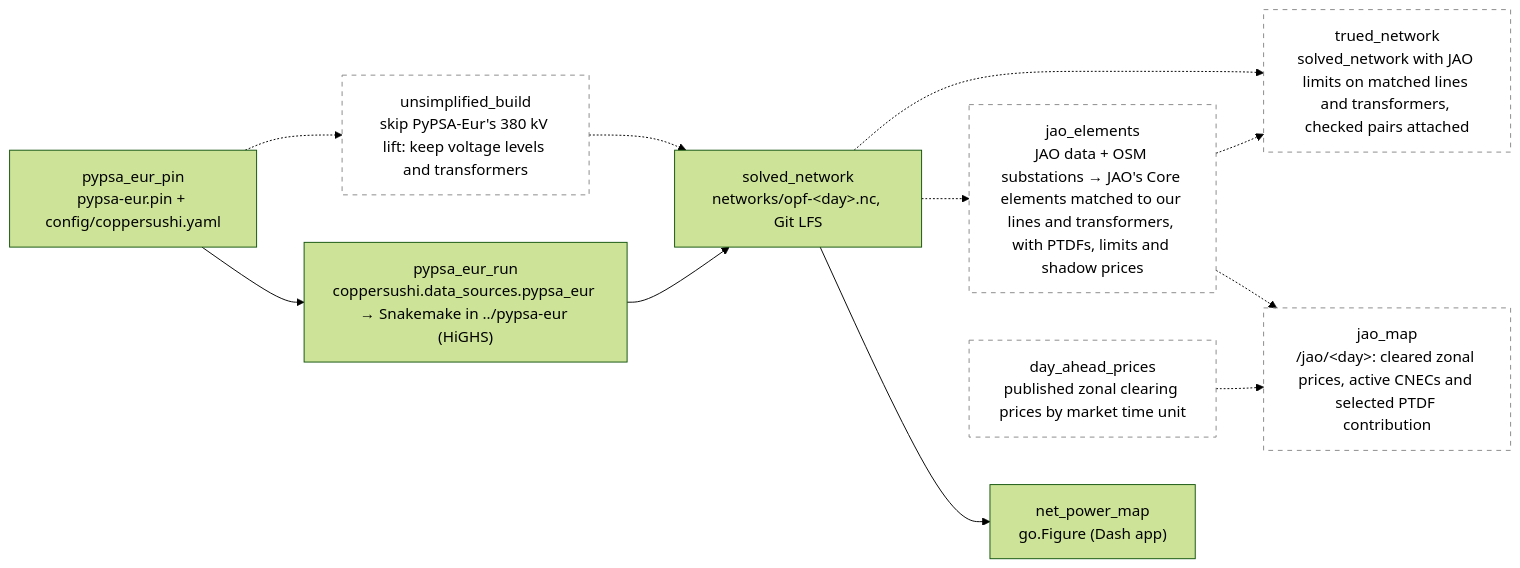
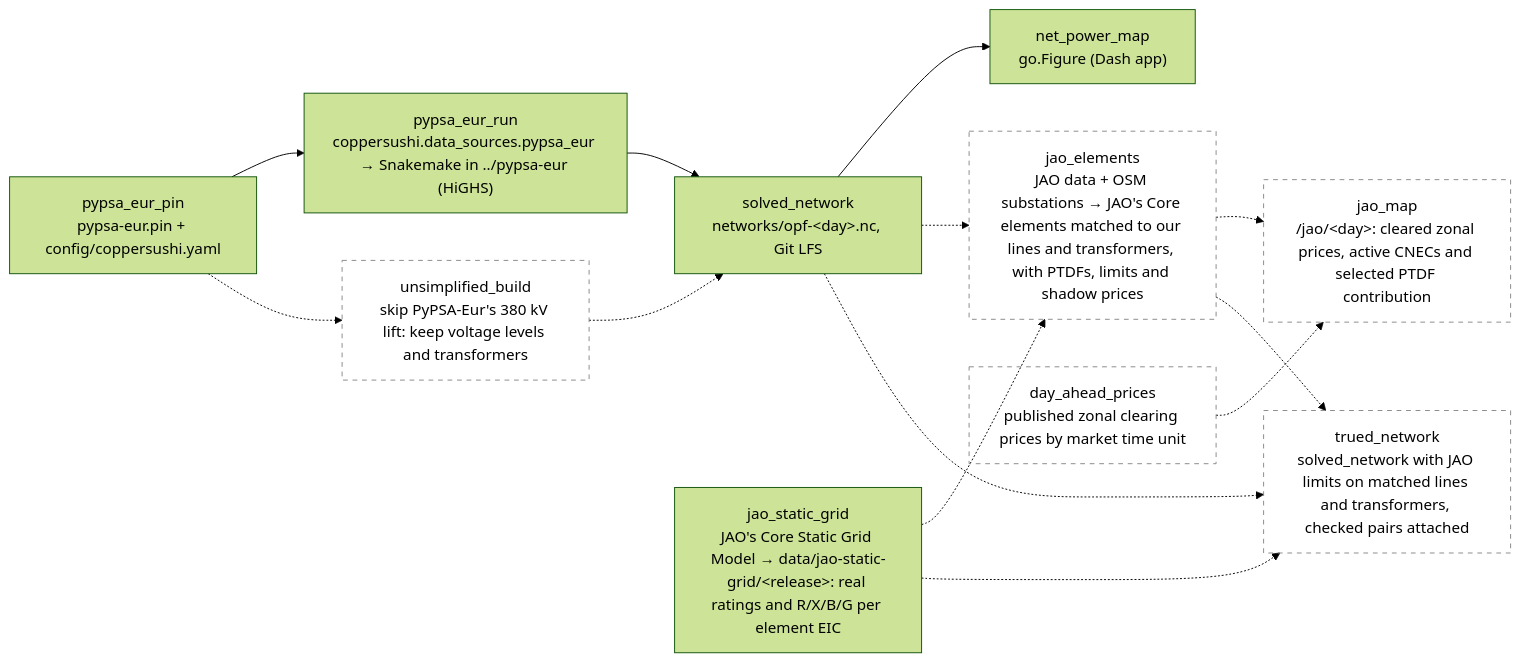
One commit to zoltanmaric/coppersushi changed the diagram in wiki/sushi-2.md. Above: the diagram before and after it, drawn with Mermaid (forest theme). The commit also changed 13 other files, not shown here.

````diff
--- a/wiki/sushi-2.md
+++ b/wiki/sushi-2.md
@@ -16,27 +16,31 @@
 ```mermaid
 flowchart LR
     classDef planned stroke-dasharray: 5 5,stroke:#888,fill:none
 
     net_power_map["net_power_map<br/>go.Figure (Dash app)"]
 
     pypsa_eur_pin["pypsa_eur_pin<br/>pypsa-eur.pin + config/coppersushi.yaml"]
     pypsa_eur_run["pypsa_eur_run<br/>coppersushi.data_sources.pypsa_eur → Snakemake in ../pypsa-eur (HiGHS)"]
     solved_network["solved_network<br/>networks/opf-&lt;day&gt;.nc, Git LFS"]
+
+    jao_static_grid["jao_static_grid<br/>JAO's Core Static Grid Model → data/jao-static-grid/&lt;release&gt;: real ratings and R/X/B/G per element EIC"]
 
     unsimplified["unsimplified_build<br/>skip PyPSA-Eur's 380 kV lift: keep voltage levels and transformers"]:::planned
     jao_elements["jao_elements<br/>JAO data + OSM substations → JAO's Core elements matched to our lines and transformers, with PTDFs, limits and shadow prices"]:::planned
     day_ahead_prices["day_ahead_prices<br/>published zonal clearing prices by market time unit"]:::planned
     jao_map["jao_map<br/>/jao/&lt;day&gt;: cleared zonal prices, active CNECs and selected PTDF contribution"]:::planned
     trued_network["trued_network<br/>solved_network with JAO limits on matched lines and transformers, checked pairs attached"]:::planned
 
     pypsa_eur_pin --> pypsa_eur_run
     pypsa_eur_pin -.-> unsimplified
     unsimplified -.-> solved_network
     pypsa_eur_run --> solved_network
     solved_network --> net_power_map
     solved_network -.-> jao_elements
+    jao_static_grid -.-> jao_elements
+    jao_static_grid -.-> trued_network
     jao_elements -.-> jao_map
     day_ahead_prices -.-> jao_map
     jao_elements -.-> trued_network
     solved_network -.-> trued_network
 ```
````
